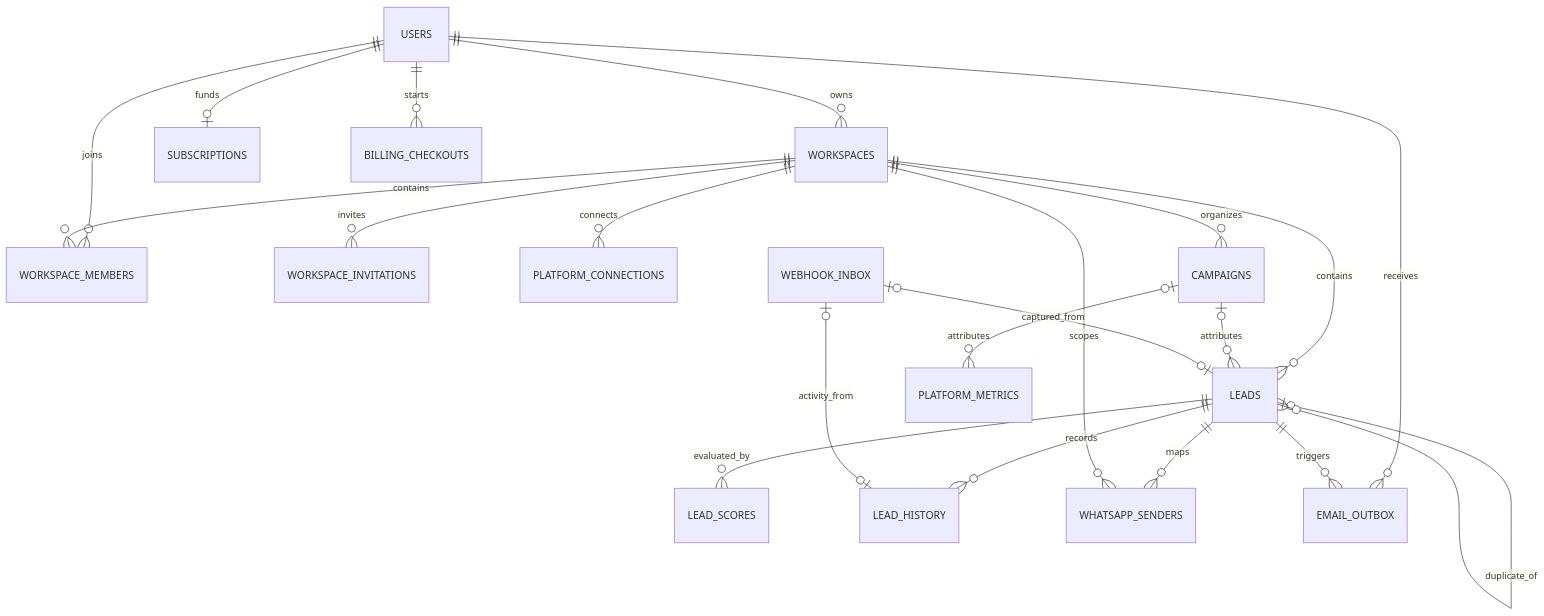
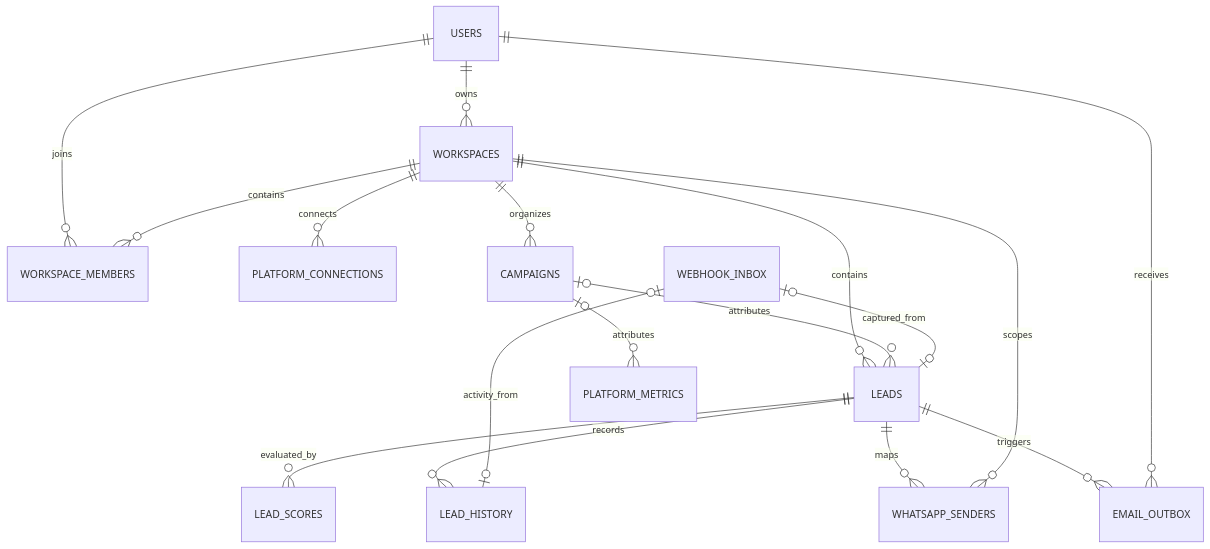
The diagram in docs/database-design.md (Zeebotx/LeadFlow-Pro-Portfolio), drawn with Mermaid before and after one commit. The commit also changed other lines of this file and 30 other files, not shown here.

````diff
--- a/docs/database-design.md
+++ b/docs/database-design.md
@@ -38,23 +13,19 @@
 ```mermaid
 erDiagram
     USERS ||--o{ WORKSPACES : owns
     USERS ||--o{ WORKSPACE_MEMBERS : joins
     WORKSPACES ||--o{ WORKSPACE_MEMBERS : contains
-    WORKSPACES ||--o{ WORKSPACE_INVITATIONS : invites
     WORKSPACES ||--o{ PLATFORM_CONNECTIONS : connects
     WORKSPACES ||--o{ CAMPAIGNS : organizes
     WORKSPACES ||--o{ LEADS : contains
     CAMPAIGNS o|--o{ LEADS : attributes
     CAMPAIGNS o|--o{ PLATFORM_METRICS : attributes
     LEADS ||--o{ LEAD_SCORES : evaluated_by
     LEADS ||--o{ LEAD_HISTORY : records
-    LEADS o|--o{ LEADS : duplicate_of
     WEBHOOK_INBOX o|--o| LEADS : captured_from
     WEBHOOK_INBOX o|--o| LEAD_HISTORY : activity_from
     LEADS ||--o{ WHATSAPP_SENDERS : maps
     WORKSPACES ||--o{ WHATSAPP_SENDERS : scopes
-    USERS ||--o| SUBSCRIPTIONS : funds
-    USERS ||--o{ BILLING_CHECKOUTS : starts
+    LEADS ||--o{ EMAIL_OUTBOX : triggers
     USERS ||--o{ EMAIL_OUTBOX : receives
-    LEADS ||--o{ EMAIL_OUTBOX : triggers
 ```
````
